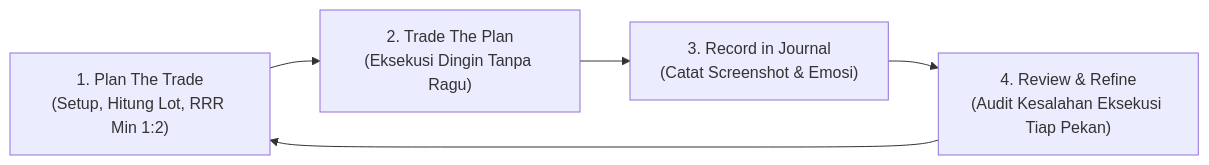
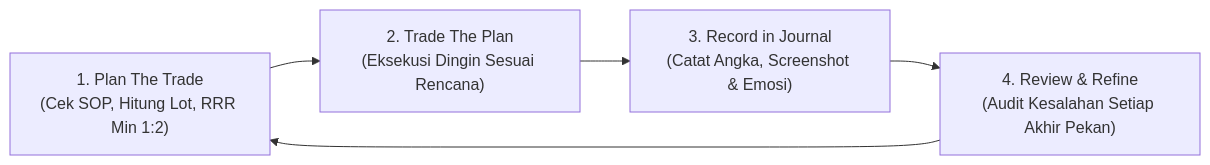
Before and after one commit to AlulCode45/Trading-Learning-Path: the third of 3 diagrams in docs/edianto-ong/29-so-what-sintesis-trading-system.md, drawn with Mermaid. The commit also changed other lines of this file and 29 other files, not shown here.

Commit message:
docs(edianto-ong): upgrade all 29 chapters with beginner analogies, diagrams, step-by-step guides, and case studies

````diff
--- a/docs/edianto-ong/29-so-what-sintesis-trading-system.md
+++ b/docs/edianto-ong/29-so-what-sintesis-trading-system.md
@@ -129,7 +173,7 @@
 ```mermaid
 flowchart LR
-    Plan["1. Plan The Trade<br/>(Setup, Hitung Lot, RRR Min 1:2)"] --> Trade["2. Trade The Plan<br/>(Eksekusi Dingin Tanpa Ragu)"]
-    Trade --> Record["3. Record in Journal<br/>(Catat Screenshot & Emosi)"]
-    Record --> Review["4. Review & Refine<br/>(Audit Kesalahan Eksekusi Tiap Pekan)"]
+    Plan["1. Plan The Trade<br/>(Cek SOP, Hitung Lot, RRR Min 1:2)"] --> Trade["2. Trade The Plan<br/>(Eksekusi Dingin Sesuai Rencana)"]
+    Trade --> Record["3. Record in Journal<br/>(Catat Angka, Screenshot & Emosi)"]
+    Record --> Review["4. Review & Refine<br/>(Audit Kesalahan Setiap Akhir Pekan)"]
     Review --> Plan
 ```
````
